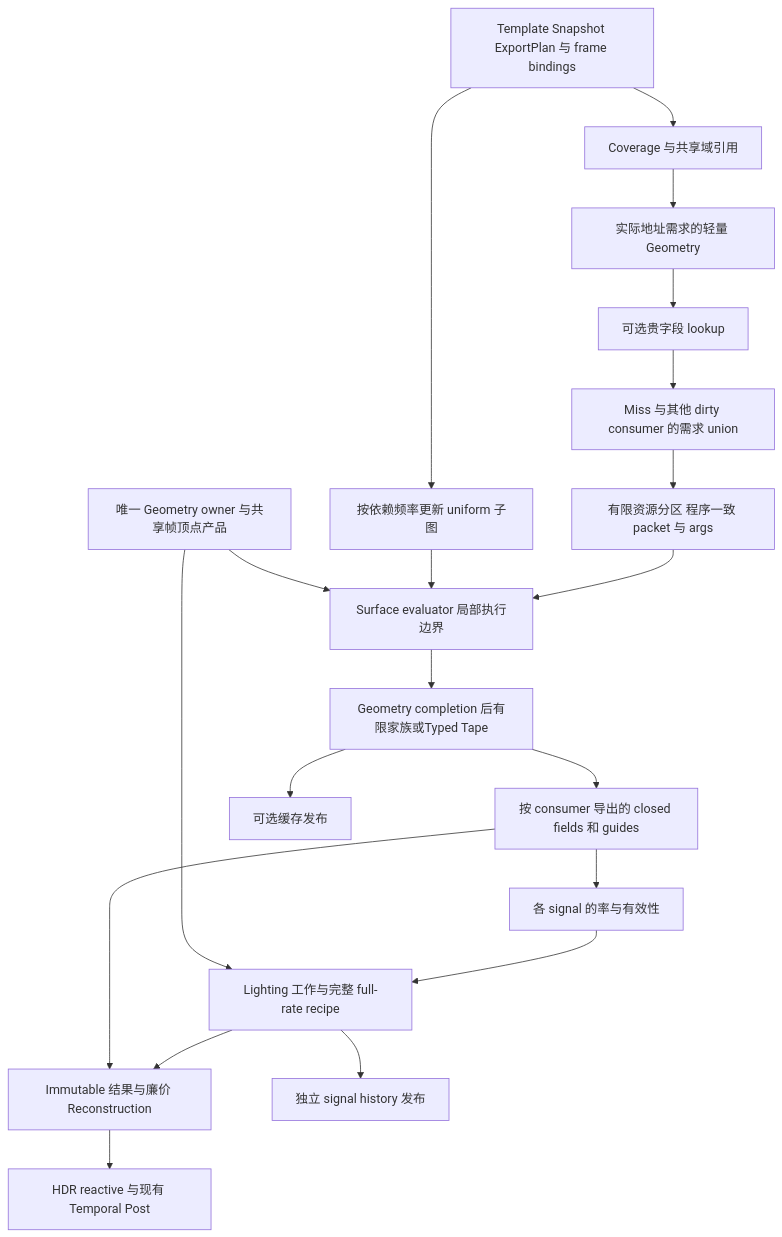
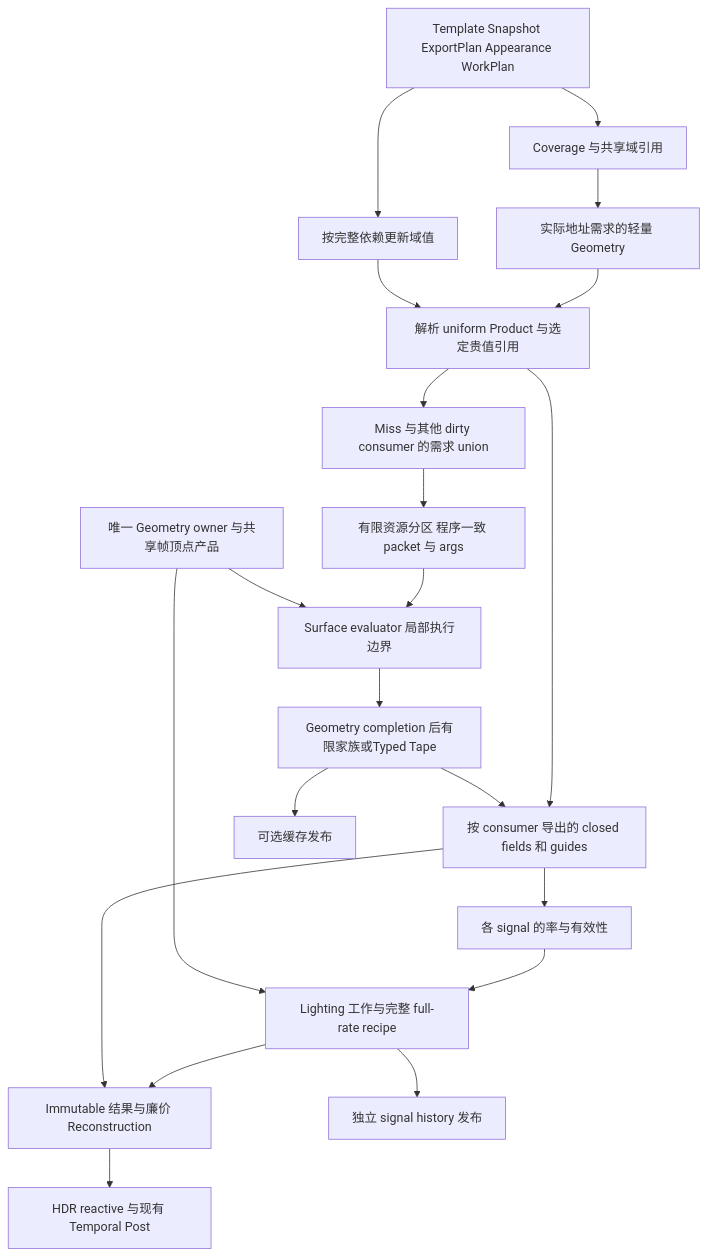
The diagram in docs/next-design/eengine-extreme-performance-rebuild-2026-10.md (bigbigbig2/EEngine), drawn with Mermaid before and after one commit. The commit also changed other lines of this file and 6 other files, not shown here.

````diff
--- a/docs/next-design/eengine-extreme-performance-rebuild-2026-10.md
+++ b/docs/next-design/eengine-extreme-performance-rebuild-2026-10.md
@@ -328,22 +372,23 @@
 ```mermaid
 flowchart TD
-  P[Template Snapshot ExportPlan 与 frame bindings] --> U[按依赖频率更新 uniform 子图]
+  P[Template Snapshot ExportPlan Appearance WorkPlan] --> U[按完整依赖更新域值]
   P --> C[Coverage 与共享域引用]
   C --> A[实际地址需求的轻量 Geometry]
-  A --> L[可选贵字段 lookup]
+  A --> L[解析 uniform Product 与选定贵值引用]
   L --> D[Miss 与其他 dirty consumer 的需求 union]
   D --> B[有限资源分区 程序一致 packet 与 args]
   B --> S[Surface evaluator 局部执行边界]
-  U --> S
+  U --> L
+  L --> F
   G[唯一 Geometry owner 与共享帧顶点产品] --> S
   S --> M[Geometry completion 后有限家族或Typed Tape]
   M --> F[按 consumer 导出的 closed fields 和 guides]
   F --> R[各 signal 的率与有效性]
   R --> W[Lighting 工作与完整 full-rate recipe]
   G --> W
   W --> O[Immutable 结果与廉价 Reconstruction]
   F --> O
   O --> T[HDR reactive 与现有 Temporal Post]
   M --> K[可选缓存发布]
   W --> H[独立 signal history 发布]
 ```
````
